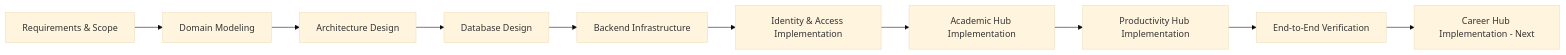
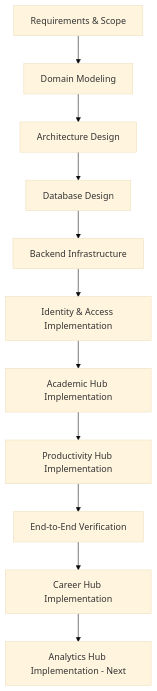
The eighth of 9 diagrams in PROJECT_PROGRESS.md (sufiyanshaikh06/integrum), drawn with Mermaid (base theme) before and after one commit. The commit also changed other lines of this file, not shown here.

Commit message:
docs: update progress report and diagrams

````diff
--- a/PROJECT_PROGRESS.md
+++ b/PROJECT_PROGRESS.md
@@ -256,12 +285,13 @@
 ```mermaid
-flowchart LR
+flowchart TD
     A[Requirements & Scope] --> B[Domain Modeling]
     B --> C[Architecture Design]
     C --> D[Database Design]
     D --> E[Backend Infrastructure]
     E --> F[Identity & Access Implementation]
     F --> G[Academic Hub Implementation]
     G --> H[Productivity Hub Implementation]
     H --> I[End-to-End Verification]
-    I --> J[Career Hub Implementation - Next]
+    I --> J[Career Hub Implementation]
+    J --> K[Analytics Hub Implementation - Next]
 ```
````
